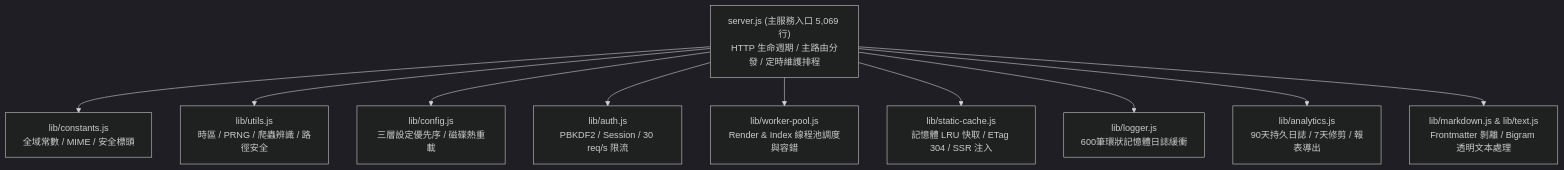
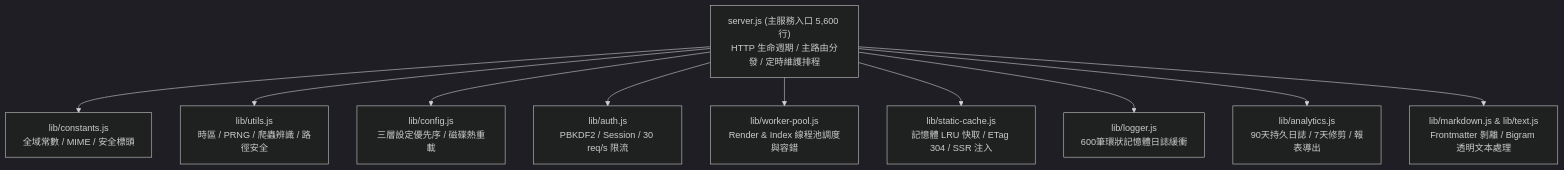
Before and after one commit to jmedzen/mdWebview: diagram 11 of 12 in ARCHITECTURE.md, drawn with Mermaid (dark theme). The commit also changed other lines of this file and 1 other file, not shown here.

````diff
--- a/ARCHITECTURE.md
+++ b/ARCHITECTURE.md
@@ -500,14 +550,14 @@
 ```mermaid
 flowchart TD
-    ServerEntry["server.js (主服務入口 5,069 行)\nHTTP 生命週期 / 主路由分發 / 定時維護排程"]
+    ServerEntry["server.js (主服務入口 5,600 行)\nHTTP 生命週期 / 主路由分發 / 定時維護排程"]
 
     ServerEntry --> ConstMod["lib/constants.js\n全域常數 / MIME / 安全標頭"]
     ServerEntry --> UtilMod["lib/utils.js\n時區 / PRNG / 爬蟲辨識 / 路徑安全"]
     ServerEntry --> ConfMod["lib/config.js\n三層設定優先序 / 磁碟熱重載"]
     ServerEntry --> AuthMod["lib/auth.js\nPBKDF2 / Session / 30 req/s 限流"]
     ServerEntry --> PoolMod["lib/worker-pool.js\nRender & Index 線程池調度與容錯"]
     ServerEntry --> StatMod["lib/static-cache.js\n記憶體 LRU 快取 / ETag 304 / SSR 注入"]
     ServerEntry --> LogMod["lib/logger.js\n600筆環狀記憶體日誌緩衝"]
     ServerEntry --> AnaMod["lib/analytics.js\n90天持久日誌 / 7天修剪 / 報表導出"]
     ServerEntry --> TextMod["lib/markdown.js & lib/text.js\nFrontmatter 剝離 / Bigram 透明文本處理"]
 ```
````
